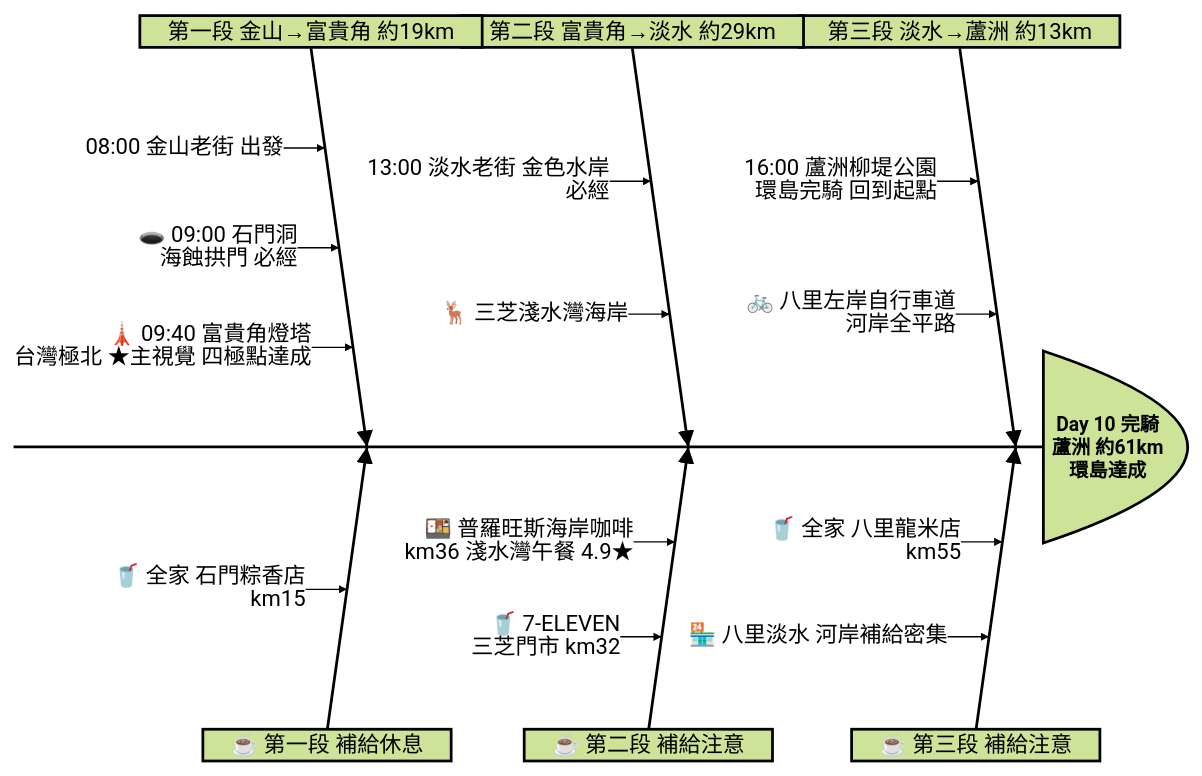
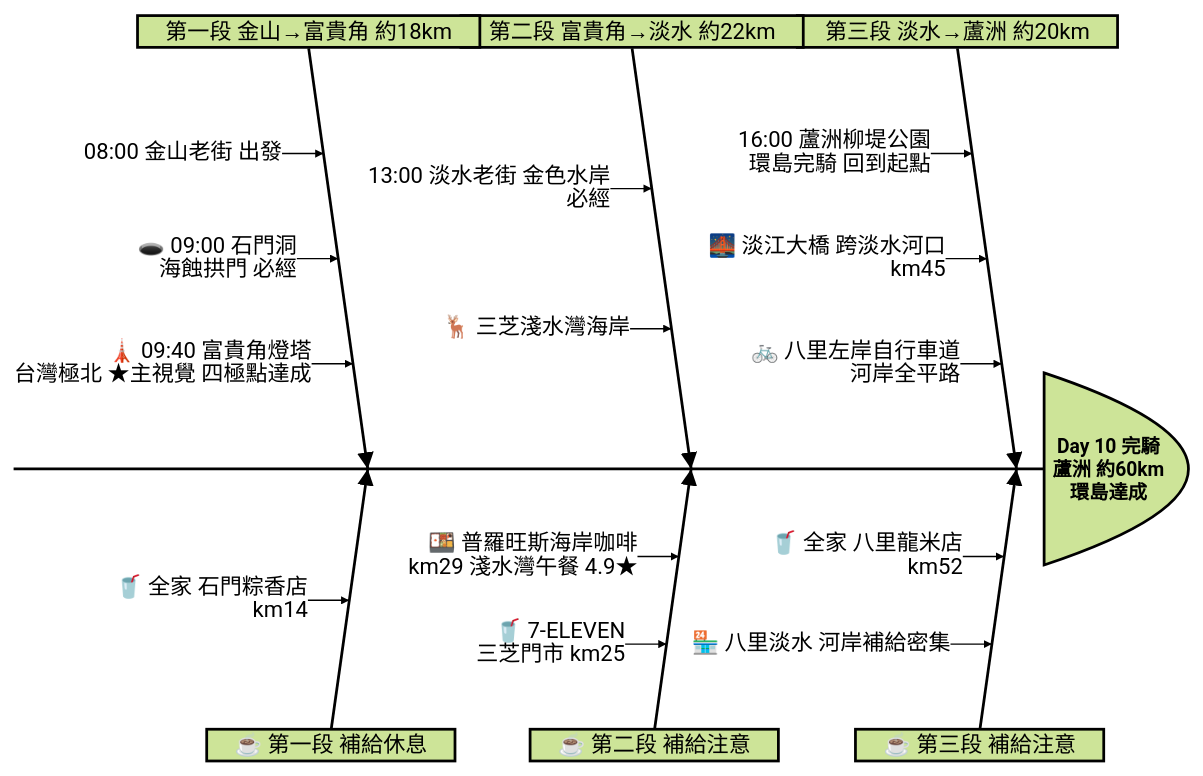
One commit to chinqan/CyclingTW changed the diagram in day10/day10.md. Above: the diagram before and after it, drawn with Mermaid (forest theme). The commit also changed other lines of this file and 10 other files, not shown here.

````diff
--- a/day10/day10.md
+++ b/day10/day10.md
@@ -38,22 +38,23 @@
 ```mermaid
 ishikawa-beta
-    Day 10 完騎 蘆洲 約61km 環島達成
-    第三段 淡水→蘆洲 約13km
+    Day 10 完騎 蘆洲 約60km 環島達成
+    第三段 淡水→蘆洲 約20km
         16:00 蘆洲柳堤公園 環島完騎 回到起點
+        🌉 淡江大橋 跨淡水河口 km45
         🚲 八里左岸自行車道 河岸全平路
     ☕️ 第三段 補給注意
-        🥤 全家 八里龍米店 km55
+        🥤 全家 八里龍米店 km52
         🏪 八里淡水 河岸補給密集
-    第二段 富貴角→淡水 約29km
+    第二段 富貴角→淡水 約22km
         13:00 淡水老街 金色水岸 必經
         🦌 三芝淺水灣海岸
     ☕️ 第二段 補給注意
-        🍱 普羅旺斯海岸咖啡 km36 淺水灣午餐 4.9★
-        🥤 7-ELEVEN 三芝門市 km32
-    第一段 金山→富貴角 約19km
+        🍱 普羅旺斯海岸咖啡 km29 淺水灣午餐 4.9★
+        🥤 7-ELEVEN 三芝門市 km25
+    第一段 金山→富貴角 約18km
         08:00 金山老街 出發
         🕳️ 09:00 石門洞 海蝕拱門 必經
         🗼 09:40 富貴角燈塔 台灣極北 ★主視覺 四極點達成
     ☕️ 第一段 補給休息
-        🥤 全家 石門粽香店 km15
+        🥤 全家 石門粽香店 km14
 ```
````
